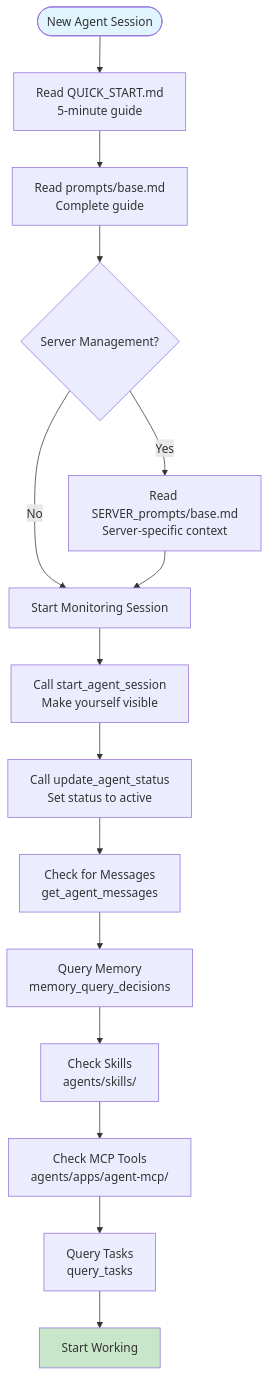
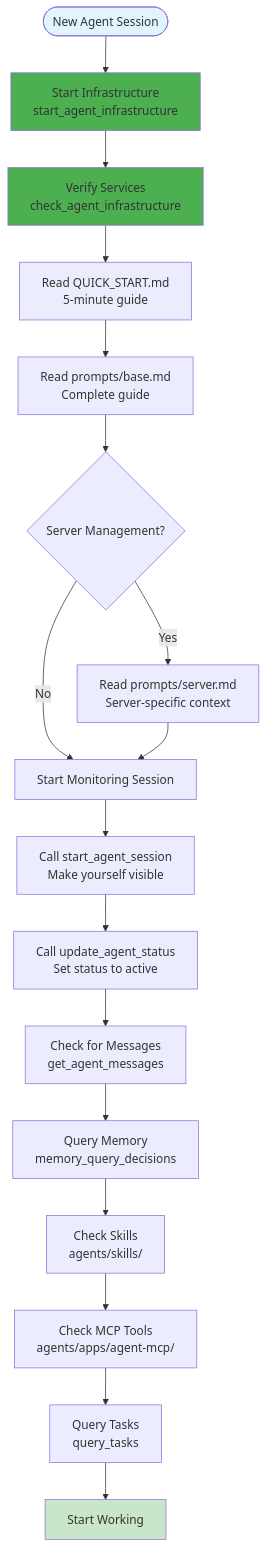
The second of 20 diagrams in agents/docs/COMPLETE_SYSTEM_VISUALIZATION.md (unarmedpuppy/homelab-ai), drawn with Mermaid before and after one commit. The commit also changed other lines of this file and 143 other files, not shown here.

````diff
--- a/agents/docs/COMPLETE_SYSTEM_VISUALIZATION.md
+++ b/agents/docs/COMPLETE_SYSTEM_VISUALIZATION.md
@@ -78,21 +104,25 @@
 ```mermaid
 flowchart TD
-    Start([New Agent Session]) --> Step1[Read QUICK_START.md<br/>5-minute guide]
+    Start([New Agent Session]) --> Step0[Start Infrastructure<br/>start_agent_infrastructure]
+    Step0 --> Step0_5[Verify Services<br/>check_agent_infrastructure]
+    Step0_5 --> Step1[Read QUICK_START.md<br/>5-minute guide]
     Step1 --> Step2[Read prompts/base.md<br/>Complete guide]
     Step2 --> Step3{Server Management?}
-    Step3 -->|Yes| Step4[Read SERVER_prompts/base.md<br/>Server-specific context]
+    Step3 -->|Yes| Step4[Read prompts/server.md<br/>Server-specific context]
     Step3 -->|No| Step5[Start Monitoring Session]
     Step4 --> Step5
     
     Step5 --> Step6[Call start_agent_session<br/>Make yourself visible]
     Step6 --> Step7[Call update_agent_status<br/>Set status to active]
     Step7 --> Step8[Check for Messages<br/>get_agent_messages]
     Step8 --> Step9[Query Memory<br/>memory_query_decisions]
     Step9 --> Step10[Check Skills<br/>agents/skills/]
     Step10 --> Step11[Check MCP Tools<br/>agents/apps/agent-mcp/]
     Step11 --> Step12[Query Tasks<br/>query_tasks]
     Step12 --> Step13[Start Working]
     
     style Start fill:#e1f5ff
+    style Step0 fill:#4caf50
+    style Step0_5 fill:#4caf50
     style Step13 fill:#c8e6c9
 ```
````
